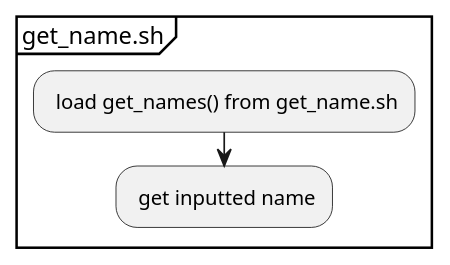
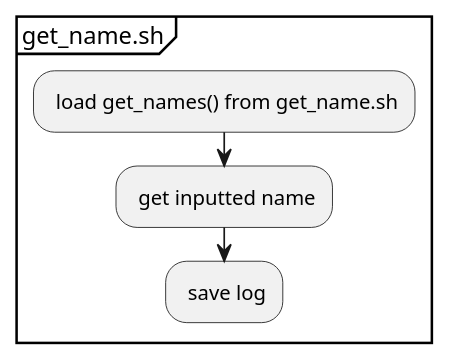
One commit to Jumacde/shellscript_loadname changed the diagram in docs/main-script-flow_activity/get-name_process.puml. Above: the diagram before and after it, drawn with PlantUML. The commit also changed 4 other files, not shown here.

Commit message:
edit diagrams

```diff
--- a/docs/main-script-flow_activity/get-name_process.puml
+++ b/docs/main-script-flow_activity/get-name_process.puml
@@ -1,6 +1,6 @@
 partition get_name.sh {
 	: load get_names() from get_name.sh;
 	: get inputted name;
-
+	: save log;
 
 }
```
